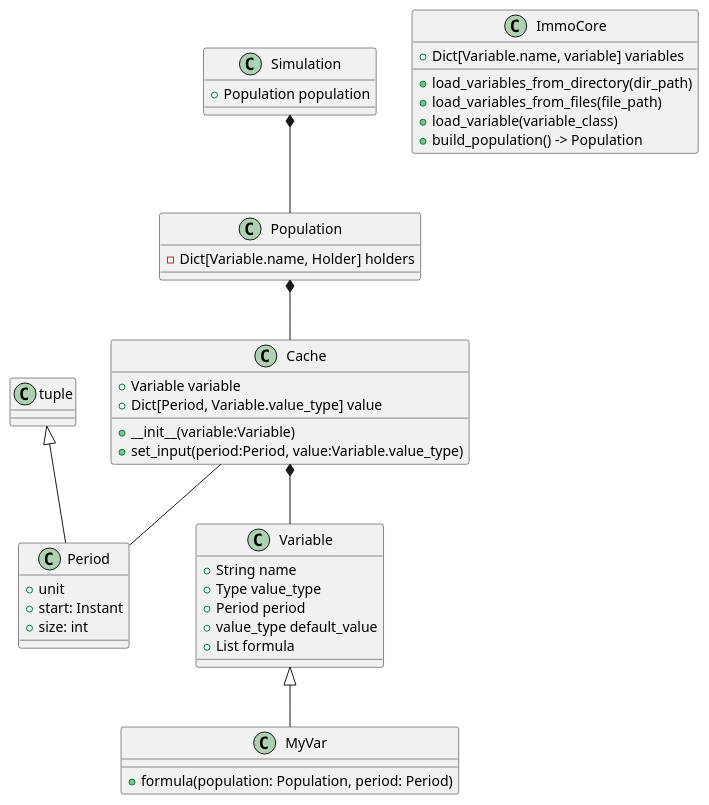
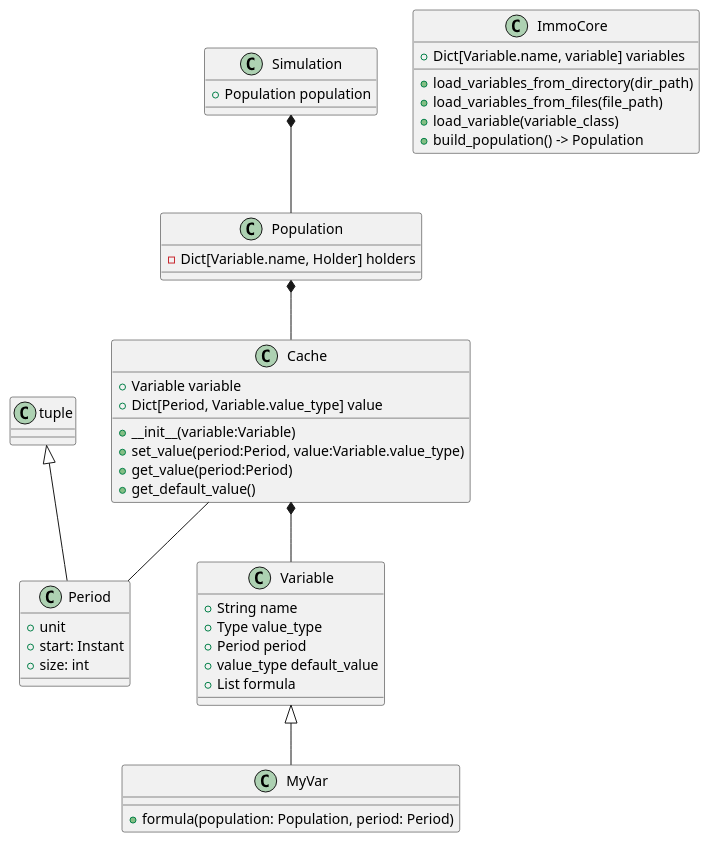
Before and after one commit to nboutin/immo_perfo: the diagram in doc/class.plantuml, drawn with PlantUML. The commit also changed 1 other file, not shown here.

```diff
--- a/doc/class.plantuml
+++ b/doc/class.plantuml
@@ -1,51 +1,53 @@
 @startuml
 
 class Variable {
 	+String name
 	+Type value_type
 	+Period period
 	+value_type default_value
 	+List formula
 }
 
 class MyVar {
     +formula(population: Population, period: Period)
 }
 
 class Cache {
-	+__init__(variable:Variable)
-	+set_input(period:Period, value:Variable.value_type)
 	+Variable variable
 	+Dict[Period, Variable.value_type] value
+	+__init__(variable:Variable)
+	+set_value(period:Period, value:Variable.value_type)
+	+get_value(period:Period)
+	+get_default_value()
 }
 
 class Period {
     +unit
     +start: Instant
     +size: int
 }
 
 class Population {
 	-Dict[Variable.name, Holder] holders
 }
 
 class ImmoCore {
     +Dict[Variable.name, variable] variables
     +load_variables_from_directory(dir_path)
     +load_variables_from_files(file_path)
     +load_variable(variable_class)
     +build_population() -> Population
 }
 
 class Simulation {
     +Population population
 }
 
 Variable <|-- MyVar
 Cache *-- Variable
 tuple <|-- Period
 Cache -- Period
 Population *-- Cache
 Simulation *-- Population
 
 @enduml
```
